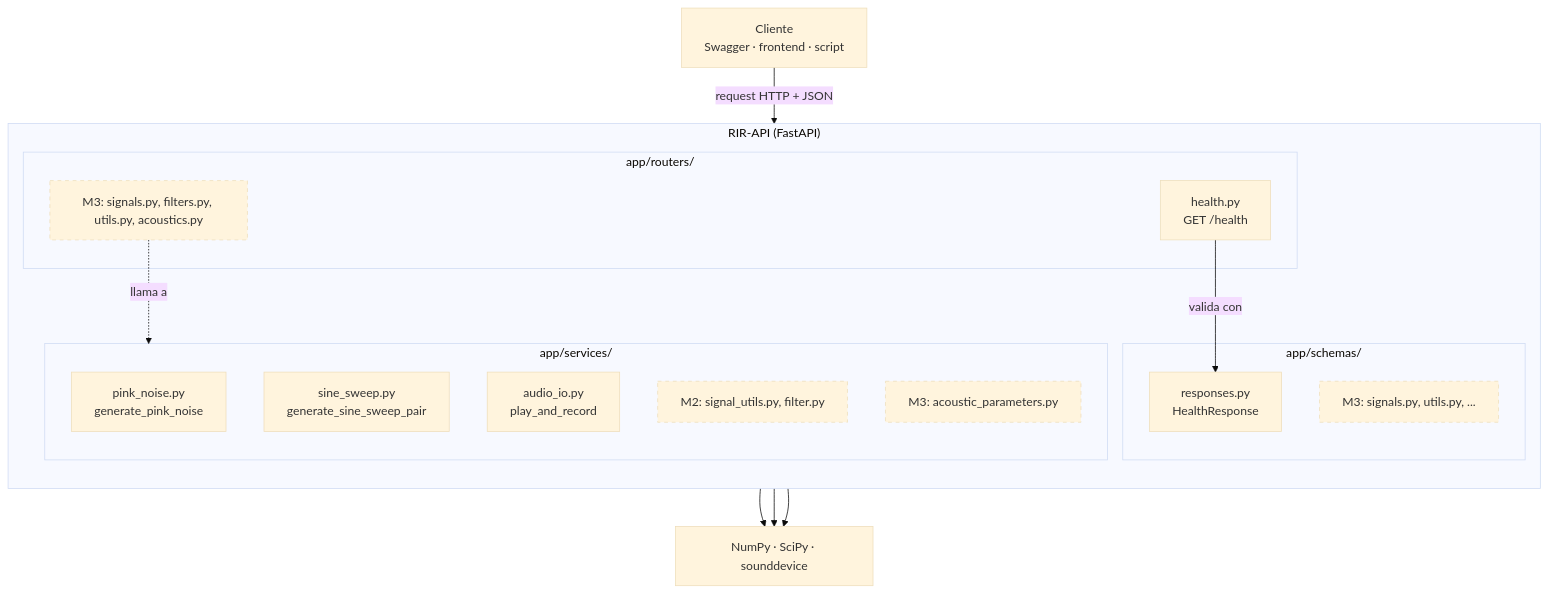
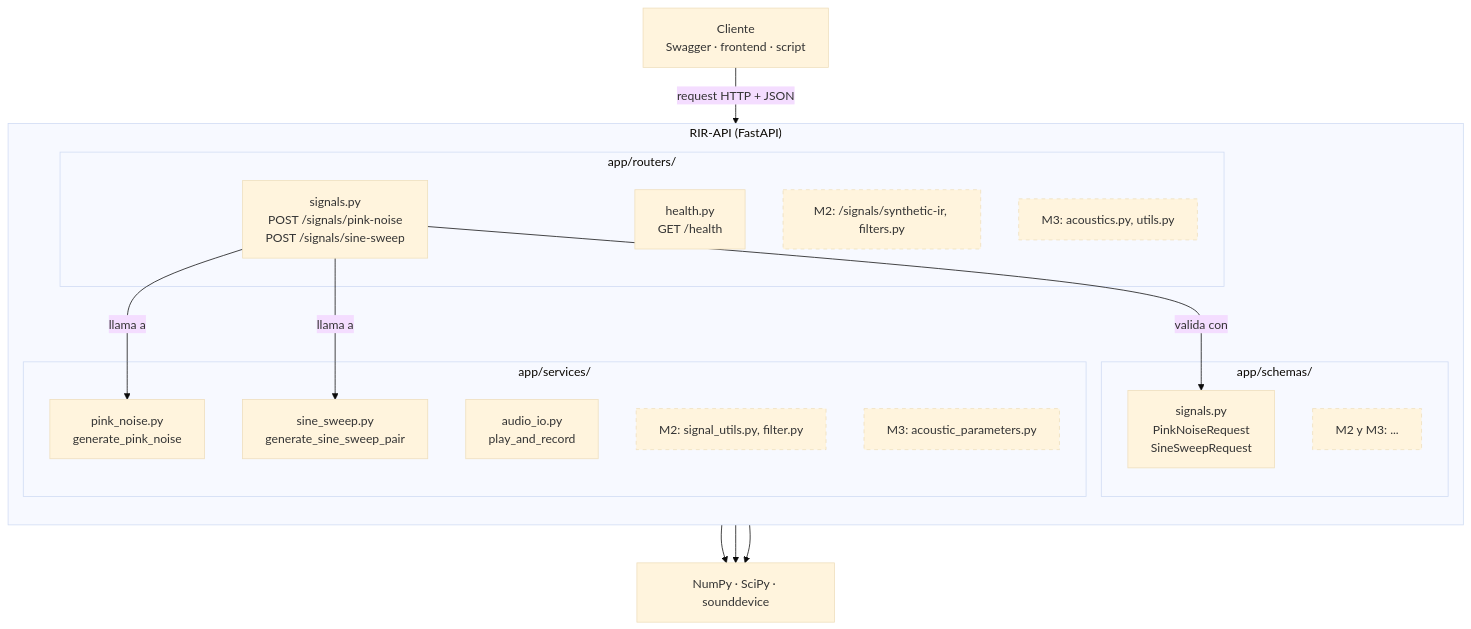
Before and after one commit to maxiyommi/signal-systems: the diagram in trabajo_practico/especificacion/m0_arquitectura.md, drawn with Mermaid (base theme). The commit also changed other lines of this file and 15 other files, not shown here.

````diff
--- a/trabajo_practico/especificacion/m0_arquitectura.md
+++ b/trabajo_practico/especificacion/m0_arquitectura.md
@@ -226,31 +230,34 @@
     ```mermaid
     flowchart TB
         C["Cliente<br/>Swagger · frontend · script"]
         subgraph API["RIR-API (FastAPI)"]
             direction TB
             subgraph R["app/routers/"]
                 RH["health.py<br/>GET /health"]
-                RM3["M3: signals.py, filters.py, utils.py, acoustics.py"]
+                RS["signals.py<br/>POST /signals/pink-noise<br/>POST /signals/sine-sweep"]
+                RM2["M2: /signals/synthetic-ir, filters.py"]
+                RM3["M3: acoustics.py, utils.py"]
             end
             subgraph SC["app/schemas/"]
-                SH["responses.py<br/>HealthResponse"]
-                SM3["M3: signals.py, utils.py, ..."]
+                SS["signals.py<br/>PinkNoiseRequest<br/>SineSweepRequest"]
+                SM["M2 y M3: ..."]
             end
             subgraph SV["app/services/"]
                 PN["pink_noise.py<br/>generate_pink_noise"]
                 SW["sine_sweep.py<br/>generate_sine_sweep_pair"]
                 IO["audio_io.py<br/>play_and_record"]
                 VM2["M2: signal_utils.py, filter.py"]
                 VM3["M3: acoustic_parameters.py"]
             end
         end
         L["NumPy · SciPy · sounddevice"]
-        C -->|"request HTTP + JSON"| RH
-        RH -->|"valida con"| SH
-        RM3 -.->|"llama a"| SV
+        C -->|"request HTTP + JSON"| RS
+        RS -->|"valida con"| SS
+        RS -->|"llama a"| PN
+        RS -->|"llama a"| SW
         PN --> L
         SW --> L
         IO --> L
         classDef pendiente stroke-dasharray: 5 5
-        class RM3,SM3,VM2,VM3 pendiente
+        class RM2,RM3,SM,VM2,VM3 pendiente
     ```
````
